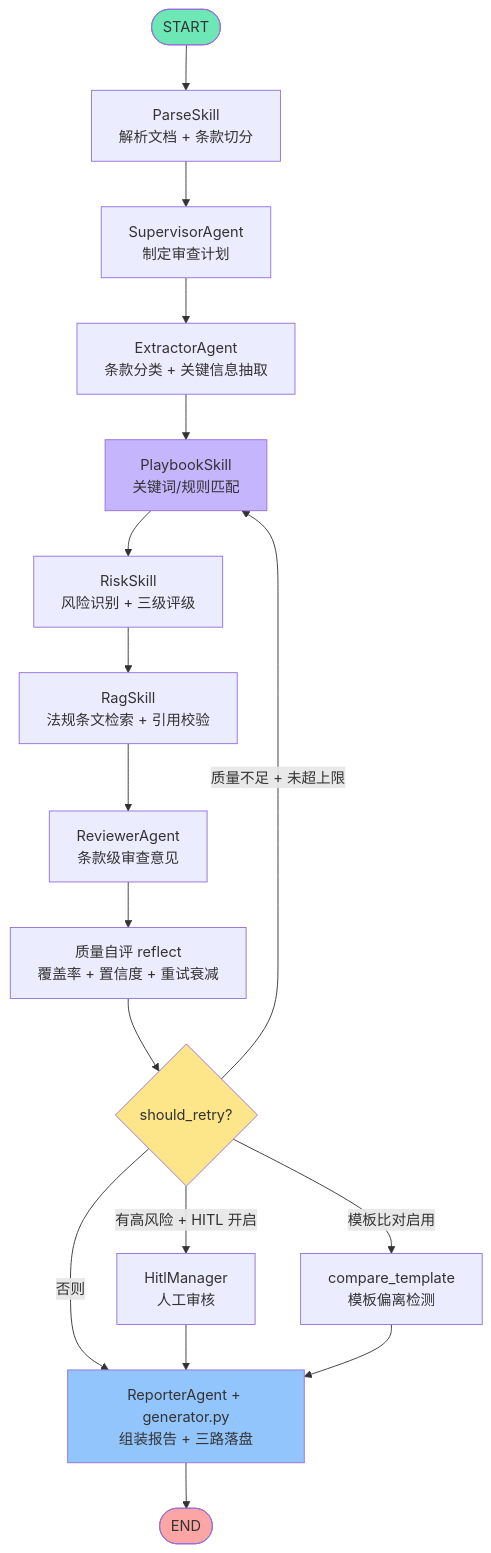
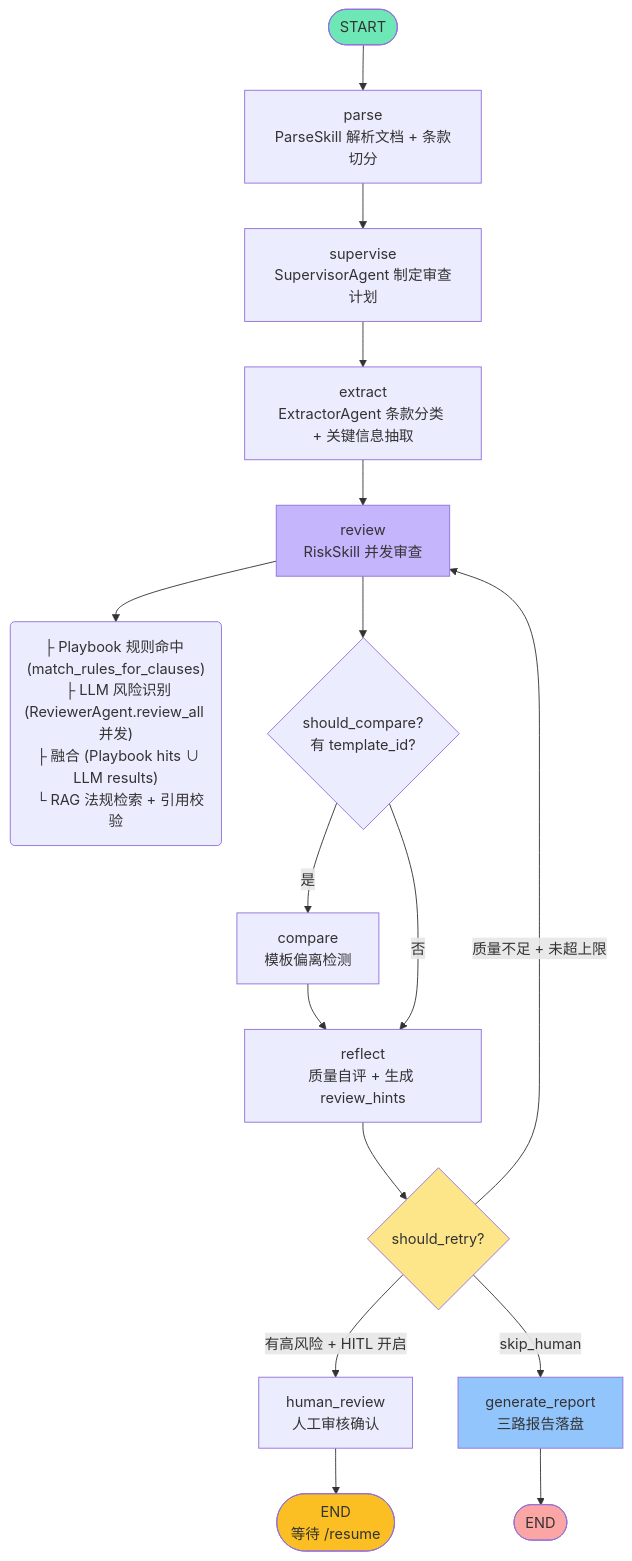
Before and after one commit to zqc1661586344/zz-demand-system: the fifth of 6 diagrams in README.md, drawn with Mermaid. The commit also changed other lines of this file, not shown here.

````diff
--- a/README.md
+++ b/README.md
@@ -233,24 +254,25 @@
 ```mermaid
 flowchart TD
-    A([START]) --> B[ParseSkill<br/>解析文档 + 条款切分]
-    B --> C[SupervisorAgent<br/>制定审查计划]
-    C --> D[ExtractorAgent<br/>条款分类 + 关键信息抽取]
-    D --> E[PlaybookSkill<br/>关键词/规则匹配]
-    E --> F[RiskSkill<br/>风险识别 + 三级评级]
-    F --> G[RagSkill<br/>法规条文检索 + 引用校验]
-    G --> H[ReviewerAgent<br/>条款级审查意见]
-    H --> I[质量自评 reflect<br/>覆盖率 + 置信度 + 重试衰减]
-    I --> J{should_retry?}
-    J -->|质量不足 + 未超上限| E
-    J -->|有高风险 + HITL 开启| K[HitlManager<br/>人工审核]
-    J -->|模板比对启用| L[compare_template<br/>模板偏离检测]
-    J -->|否则| M[ReporterAgent + generator.py<br/>组装报告 + 三路落盘]
-    K --> M
-    L --> M
-    M --> N([END])
+    A([START]) --> B[parse<br/>ParseSkill 解析文档 + 条款切分]
+    B --> C[supervise<br/>SupervisorAgent 制定审查计划]
+    C --> D[extract<br/>ExtractorAgent 条款分类 + 关键信息抽取]
+    D --> E[review<br/>RiskSkill 并发审查]
+    E --> E_sub("  ├ Playbook 规则命中 (match_rules_for_clauses)<br/>  ├ LLM 风险识别 (ReviewerAgent.review_all 并发)<br/>  ├ 融合 (Playbook hits ∪ LLM results)<br/>  └ RAG 法规检索 + 引用校验")
+    E --> F{"should_compare?<br/>有 template_id?"}
+    F -->|是| G[compare<br/>模板偏离检测]
+    G --> H[reflect<br/>质量自评 + 生成 review_hints]
+    F -->|否| H
+    H --> I{should_retry?}
+    I -->|质量不足 + 未超上限| E
+    I -->|有高风险 + HITL 开启| J[human_review<br/>人工审核确认]
+    I -->|skip_human| K[generate_report<br/>三路报告落盘]
+    J --> J2([END<br/>等待 /resume])
+    K --> K2([END])
+
     style A fill:#6ee7b7
-    style N fill:#fca5a5
-    style J fill:#fde68a
+    style J2 fill:#fbbf24
+    style K2 fill:#fca5a5
+    style I fill:#fde68a
     style E fill:#c4b5fd
-    style M fill:#93c5fd
+    style K fill:#93c5fd
 ```
````
